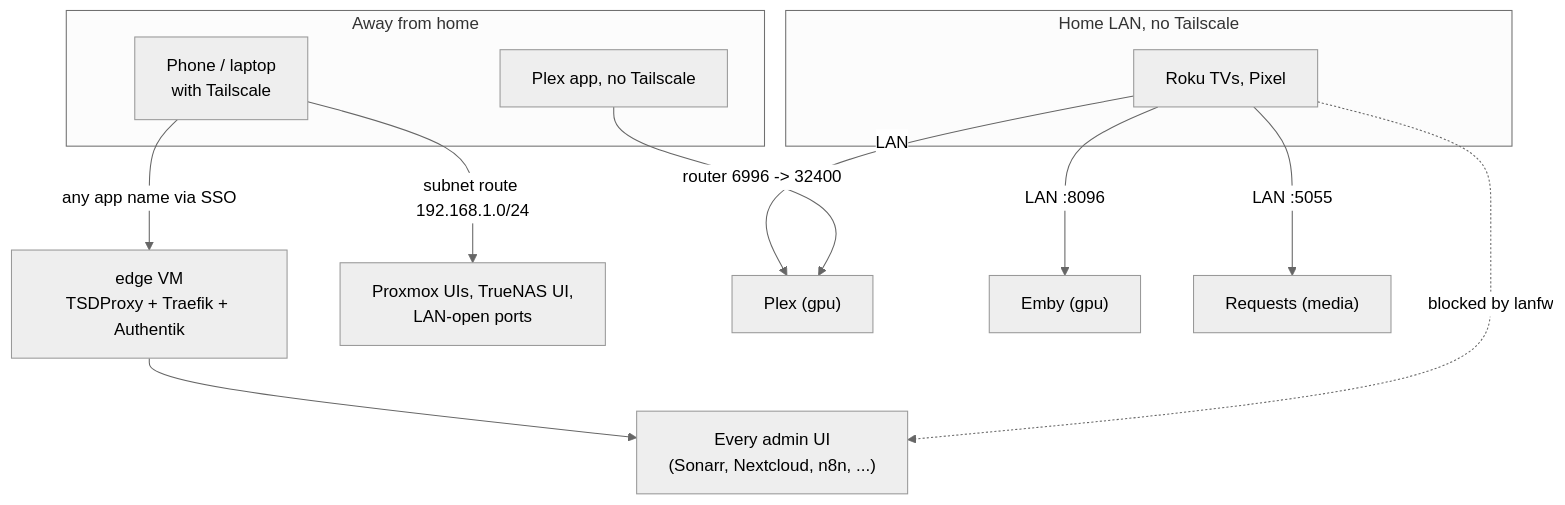
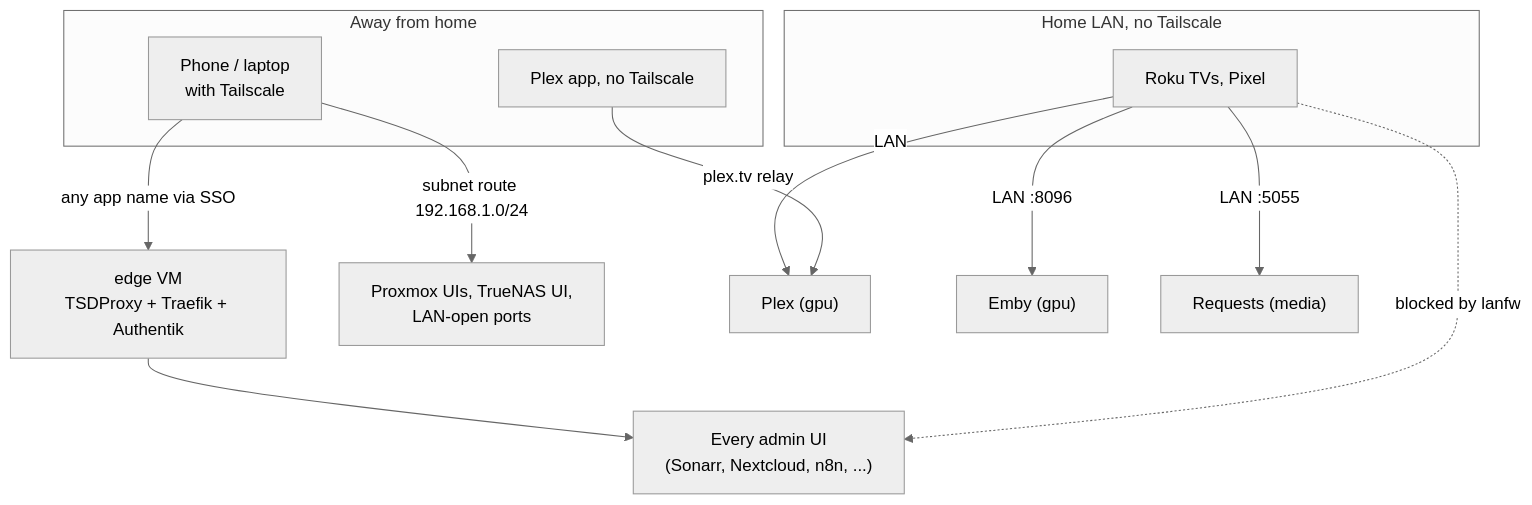
Before and after one commit to mikegutberlet/homelab-infra: the third of 8 diagrams in docs/wiki/03-architecture.md, drawn with Mermaid (neutral theme). The commit also changed other lines of this file and 10 other files, not shown here.

First line of the commit message:
Docs: drop the Plex 6996 router forward (never worked behind Starlink CGNAT)

````diff
--- a/docs/wiki/03-architecture.md
+++ b/docs/wiki/03-architecture.md
@@ -86,18 +85,18 @@
 ```mermaid
 flowchart TB
     subgraph away["Away from home"]
         PH["Phone / laptop<br/>with Tailscale"]
         PLX["Plex app, no Tailscale"]
     end
     subgraph home["Home LAN, no Tailscale"]
         TV["Roku TVs, Pixel"]
     end
     PH -- "any app name via SSO" --> EDGE["edge VM<br/>TSDProxy + Traefik + Authentik"]
     PH -- "subnet route 192.168.1.0/24" --> LANIP["Proxmox UIs, TrueNAS UI,<br/>LAN-open ports"]
-    PLX -- "router 6996 -> 32400" --> PLEX["Plex (gpu)"]
+    PLX -- "plex.tv relay" --> PLEX["Plex (gpu)"]
     TV -- "LAN" --> PLEX
     TV -- "LAN :8096" --> EMBY["Emby (gpu)"]
     TV -- "LAN :5055" --> REQ["Requests (media)"]
     TV -. "blocked by lanfw" .-> ADMIN["Every admin UI<br/>(Sonarr, Nextcloud, n8n, ...)"]
     EDGE --> ADMIN
 ```
````
